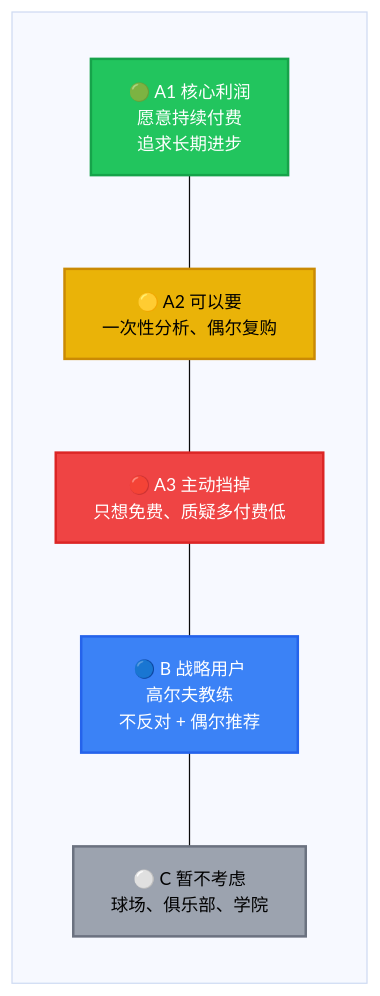
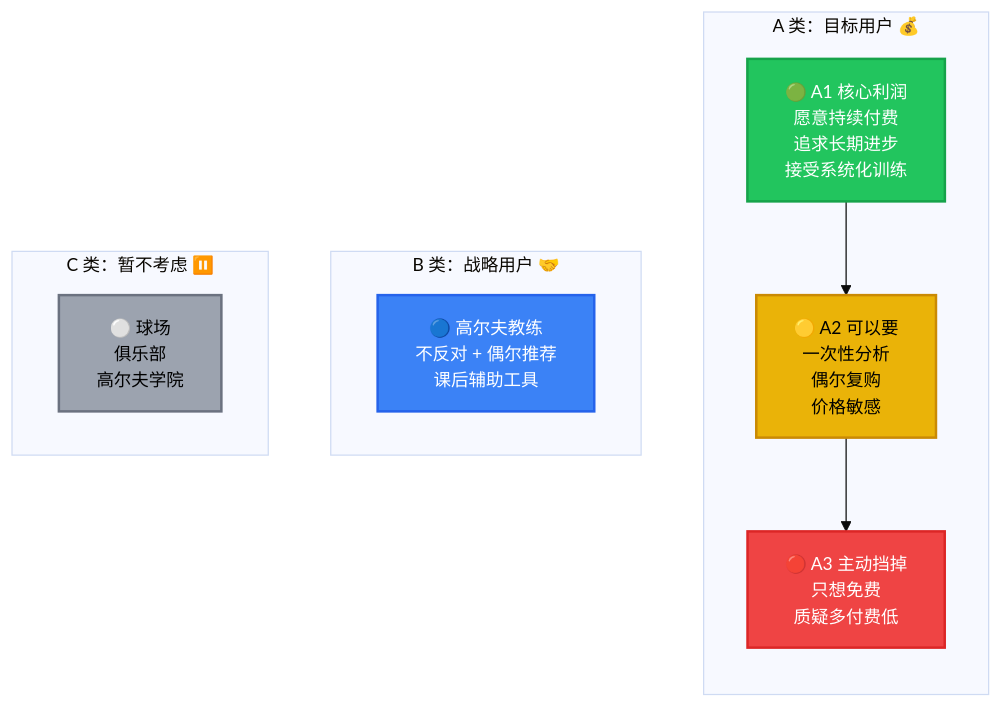
Before and after one commit to movement-chain-ai/movement-chain-docs: the diagram in docs/zh/product/user-personas.md, drawn with Mermaid. The commit also changed other lines of this file, not shown here.

Commit message:
docs: redesign user segmentation diagram with parallel categories
🤖 Generated with [Claude Code](https://claude.com/claude-code)

````diff
--- a/docs/zh/product/user-personas.md
+++ b/docs/zh/product/user-personas.md
@@ -7,23 +7,26 @@
 ```mermaid
 %%{init: {'theme': 'base', 'themeVariables': { 'fontSize': '14px'}}}%%
 graph TB
-    subgraph pyramid [" "]
+    subgraph A ["A 类：目标用户 💰"]
         direction TB
-        A1["🟢 A1 核心利润<br/>愿意持续付费<br/>追求长期进步"]
-        A2["🟡 A2 可以要<br/>一次性分析、偶尔复购"]
-        A3["🔴 A3 主动挡掉<br/>只想免费、质疑多付费低"]
-        B["🔵 B 战略用户<br/>高尔夫教练<br/>不反对 + 偶尔推荐"]
-        C["⚪ C 暂不考虑<br/>球场、俱乐部、学院"]
+        A1["🟢 A1 核心利润<br/>愿意持续付费<br/>追求长期进步<br/>接受系统化训练"]
+        A2["🟡 A2 可以要<br/>一次性分析<br/>偶尔复购<br/>价格敏感"]
+        A3["🔴 A3 主动挡掉<br/>只想免费<br/>质疑多付费低"]
+        A1 --> A2
+        A2 --> A3
     end
 
-    A1 --- A2
-    A2 --- A3
-    A3 --- B
-    B --- C
+    subgraph B ["B 类：战略用户 🤝"]
+        B1["🔵 高尔夫教练<br/>不反对 + 偶尔推荐<br/>课后辅助工具"]
+    end
+
+    subgraph C ["C 类：暂不考虑 ⏸️"]
+        C1["⚪ 球场<br/>俱乐部<br/>高尔夫学院"]
+    end
 
     style A1 fill:#22c55e,color:#fff,stroke:#16a34a,stroke-width:2px
     style A2 fill:#eab308,color:#000,stroke:#ca8a04,stroke-width:2px
     style A3 fill:#ef4444,color:#fff,stroke:#dc2626,stroke-width:2px
-    style B fill:#3b82f6,color:#fff,stroke:#2563eb,stroke-width:2px
-    style C fill:#9ca3af,color:#000,stroke:#6b7280,stroke-width:2px
+    style B1 fill:#3b82f6,color:#fff,stroke:#2563eb,stroke-width:2px
+    style C1 fill:#9ca3af,color:#000,stroke:#6b7280,stroke-width:2px
 ```
````
